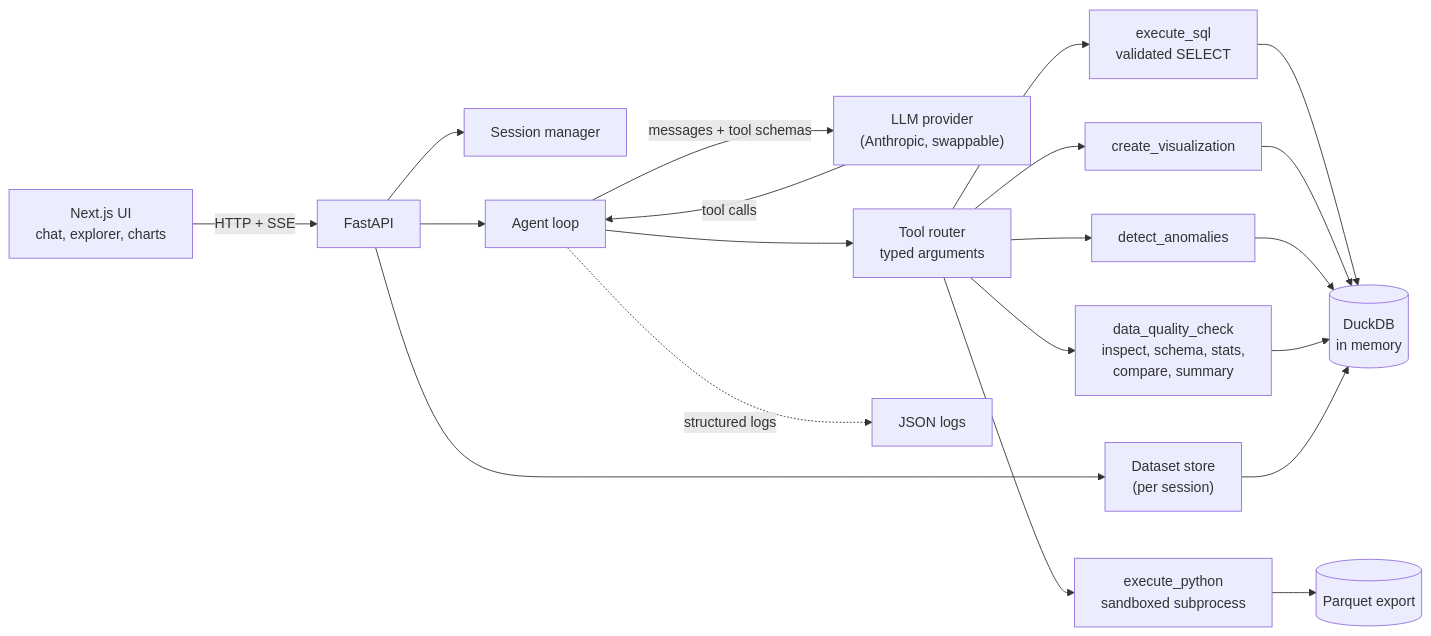
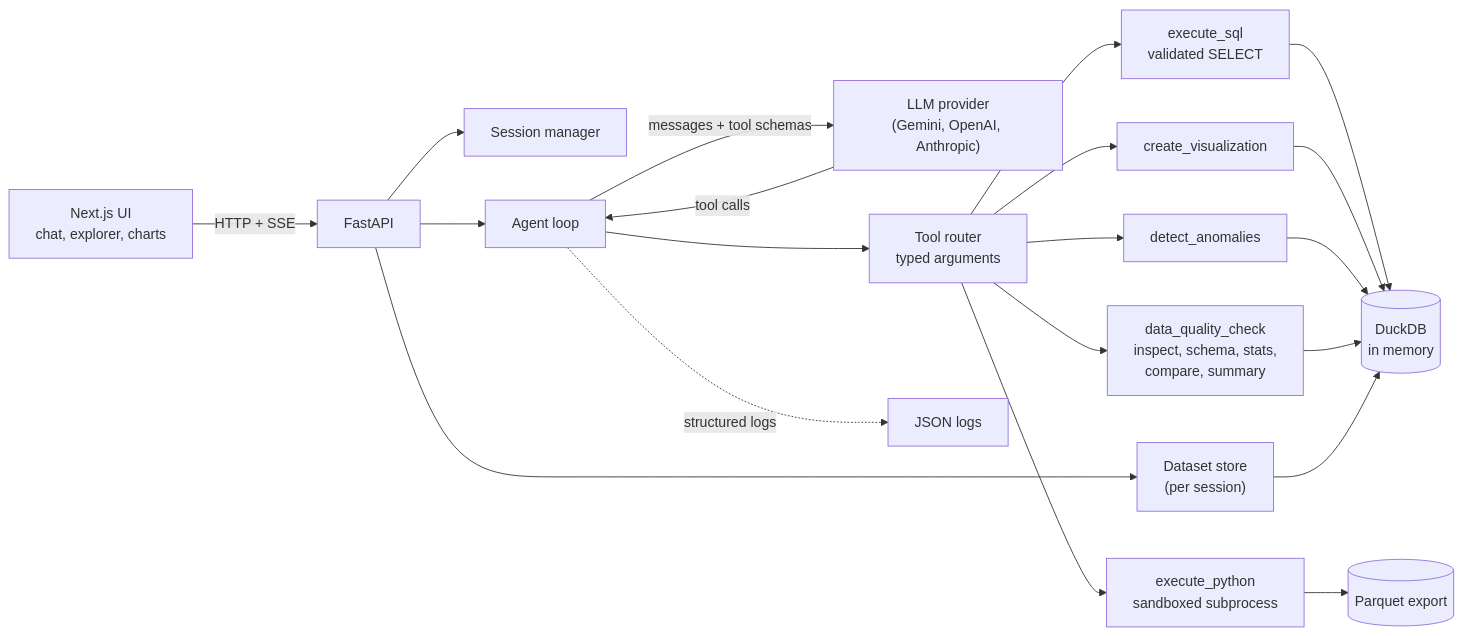
One commit to ajitashwath/datapilot changed the diagram in README.md. Above: the diagram before and after it, drawn with Mermaid. The commit also changed other lines of this file and 17 other files, not shown here.

````diff
--- a/README.md
+++ b/README.md
@@ -26,22 +26,22 @@
 ```mermaid
 flowchart LR
     UI["Next.js UI<br/>chat, explorer, charts"] -- "HTTP + SSE" --> API["FastAPI"]
     API --> SM["Session manager"]
     API --> DM["Dataset store<br/>(per session)"]
     API --> AG["Agent loop"]
-    AG -- "messages + tool schemas" --> LLM["LLM provider<br/>(Anthropic, swappable)"]
+    AG -- "messages + tool schemas" --> LLM["LLM provider<br/>(Gemini, OpenAI, Anthropic)"]
     LLM -- "tool calls" --> AG
     AG --> TR["Tool router<br/>typed arguments"]
     TR --> SQL["execute_sql<br/>validated SELECT"]
     TR --> PY["execute_python<br/>sandboxed subprocess"]
     TR --> VIZ["create_visualization"]
     TR --> AN["detect_anomalies"]
     TR --> DQ["data_quality_check<br/>inspect, schema, stats,<br/>compare, summary"]
     SQL --> DDB[("DuckDB<br/>in memory")]
     PY --> PQ[("Parquet export")]
     VIZ --> DDB
     AN --> DDB
     DQ --> DDB
     DM --> DDB
     AG -. "structured logs" .-> LOG["JSON logs"]
 ```
````
